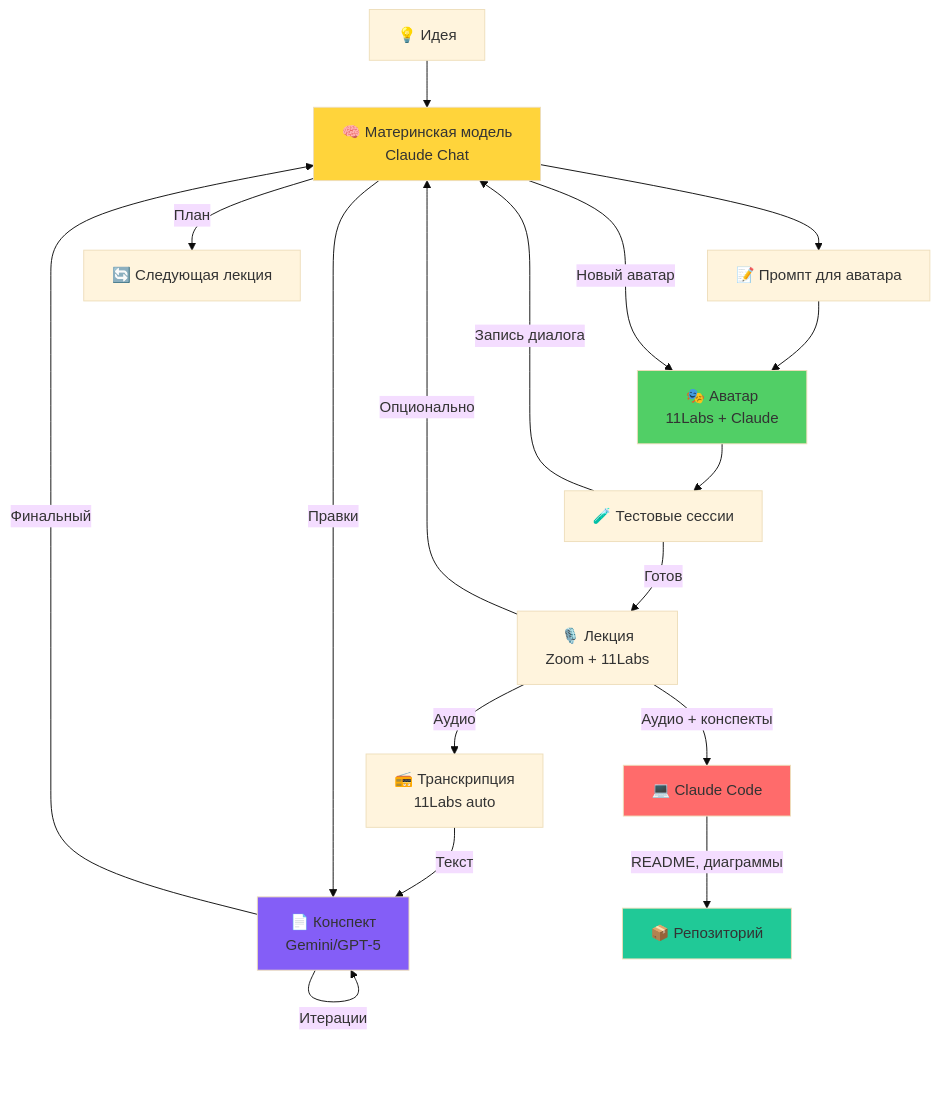
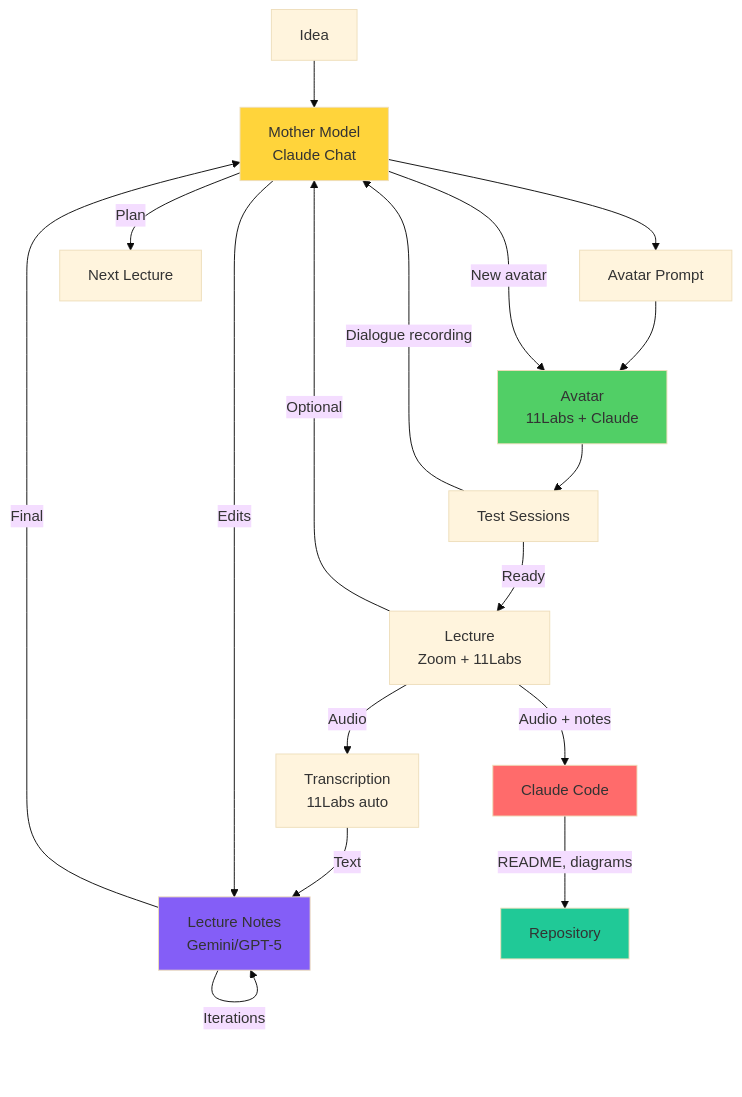
One commit to ad3002/masters-course-2025-vibe-coding changed the first of 3 diagrams in materials/behind-the-scenes.md. Above: the diagram before and after it, drawn with Mermaid (base theme). The commit also changed other lines of this file, not shown here.

````diff
--- a/materials/behind-the-scenes.md
+++ b/materials/behind-the-scenes.md
@@ -11,26 +11,26 @@
 ```mermaid
 graph TD
-    I[💡 Идея] --> MM[🧠 Материнская модель<br/>Claude Chat]
-    MM --> AP[📝 Промпт для аватара]
-    AP --> AV[🎭 Аватар<br/>11Labs + Claude]
-    AV --> TS[🧪 Тестовые сессии]
-    TS --> |Запись диалога| MM
-    MM --> |Новый аватар| AV
-    TS --> |Готов| LEC[🎙️ Лекция<br/>Zoom + 11Labs]
-    LEC --> |Аудио| TR[📻 Транскрипция<br/>11Labs auto]
-    TR --> |Текст| CN[📄 Конспект<br/>Gemini/GPT-5]
-    CN --> |Итерации| CN
-    CN --> |Финальный| MM
-    LEC --> |Опционально| MM
-    MM --> |Правки| CN
-    MM --> |План| NL[🔄 Следующая лекция]
+    I[Idea] --> MM[Mother Model<br/>Claude Chat]
+    MM --> AP[Avatar Prompt]
+    AP --> AV[Avatar<br/>11Labs + Claude]
+    AV --> TS[Test Sessions]
+    TS --> |Dialogue recording| MM
+    MM --> |New avatar| AV
+    TS --> |Ready| LEC[Lecture<br/>Zoom + 11Labs]
+    LEC --> |Audio| TR[Transcription<br/>11Labs auto]
+    TR --> |Text| CN[Lecture Notes<br/>Gemini/GPT-5]
+    CN --> |Iterations| CN
+    CN --> |Final| MM
+    LEC --> |Optional| MM
+    MM --> |Edits| CN
+    MM --> |Plan| NL[Next Lecture]
 
-    LEC --> |Аудио + конспекты| CC[💻 Claude Code]
-    CC --> |README, диаграммы| REPO[📦 Репозиторий]
+    LEC --> |Audio + notes| CC[Claude Code]
+    CC --> |README, diagrams| REPO[Repository]
 
     style MM fill:#ffd43b
     style AV fill:#51cf66
     style CN fill:#845ef7
     style CC fill:#ff6b6b
     style REPO fill:#20c997
 ```
````
